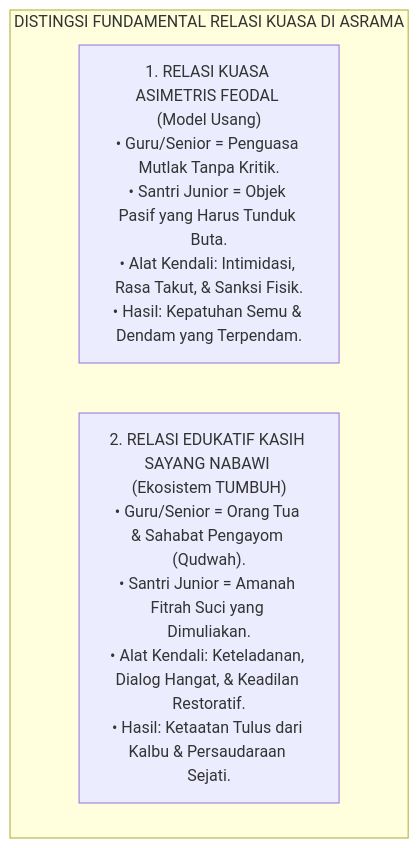
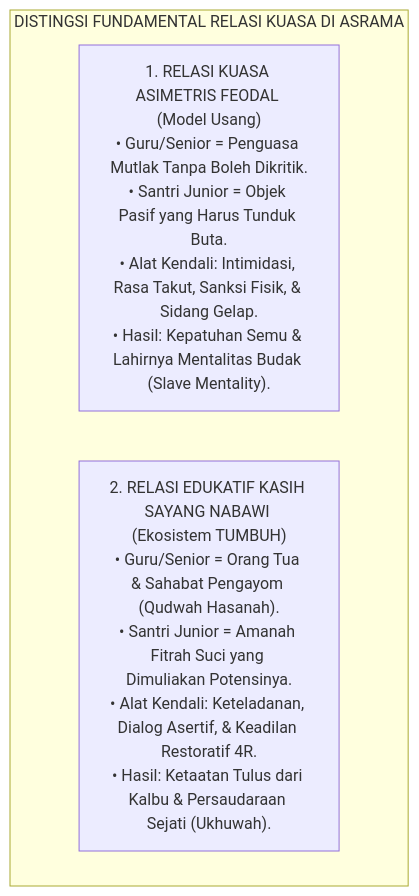
Before and after one commit to wandiapriliyandi/tumbuh: the first of 3 diagrams in BOOK-SERIES/Volume-01/Bab-04-Kritik-Feodalisme-dan-Distorsi-Tawadhu/01-Dekonstruksi-Relasi-Kuasa-Asimetris.md, drawn with Mermaid. The commit also changed other lines of this file and 24 other files, not shown here.

Commit message:
feat(book-01): perkaya dan perdalam seluruh isi subbab bab 02 s.d. 07 dengan elaborasi komprehensif, analisis mendalam, dan diagram alur lengkap

````diff
--- a/BOOK-SERIES/Volume-01/Bab-04-Kritik-Feodalisme-dan-Distorsi-Tawadhu/01-Dekonstruksi-Relasi-Kuasa-Asimetris.md
+++ b/BOOK-SERIES/Volume-01/Bab-04-Kritik-Feodalisme-dan-Distorsi-Tawadhu/01-Dekonstruksi-Relasi-Kuasa-Asimetris.md
@@ -20,8 +20,8 @@
 ```mermaid
 graph TD
     subgraph KontrasRelasi["DISTINGSI FUNDAMENTAL RELASI KUASA DI ASRAMA"]
-        Feodal["1. RELASI KUASA ASIMETRIS FEODAL (Model Usang)<br/>• Guru/Senior = Penguasa Mutlak Tanpa Kritik.<br/>• Santri Junior = Objek Pasif yang Harus Tunduk Buta.<br/>• Alat Kendali: Intimidasi, Rasa Takut, & Sanksi Fisik.<br/>• Hasil: Kepatuhan Semu & Dendam yang Terpendam."]
+        Feodal["1. RELASI KUASA ASIMETRIS FEODAL (Model Usang)<br/>• Guru/Senior = Penguasa Mutlak Tanpa Boleh Dikritik.<br/>• Santri Junior = Objek Pasif yang Harus Tunduk Buta.<br/>• Alat Kendali: Intimidasi, Rasa Takut, Sanksi Fisik, & Sidang Gelap.<br/>• Hasil: Kepatuhan Semu & Lahirnya Mentalitas Budak (Slave Mentality)."]
         
-        Nabawi["2. RELASI EDUKATIF KASIH SAYANG NABAWI (Ekosistem TUMBUH)<br/>• Guru/Senior = Orang Tua & Sahabat Pengayom (Qudwah).<br/>• Santri Junior = Amanah Fitrah Suci yang Dimuliakan.<br/>• Alat Kendali: Keteladanan, Dialog Hangat, & Keadilan Restoratif.<br/>• Hasil: Ketaatan Tulus dari Kalbu & Persaudaraan Sejati."]
+        Nabawi["2. RELASI EDUKATIF KASIH SAYANG NABAWI (Ekosistem TUMBUH)<br/>• Guru/Senior = Orang Tua & Sahabat Pengayom (Qudwah Hasanah).<br/>• Santri Junior = Amanah Fitrah Suci yang Dimuliakan Potensinya.<br/>• Alat Kendali: Keteladanan, Dialog Asertif, & Keadilan Restoratif 4R.<br/>• Hasil: Ketaatan Tulus dari Kalbu & Persaudaraan Sejati (Ukhuwah)."]
     end
 ```
````
